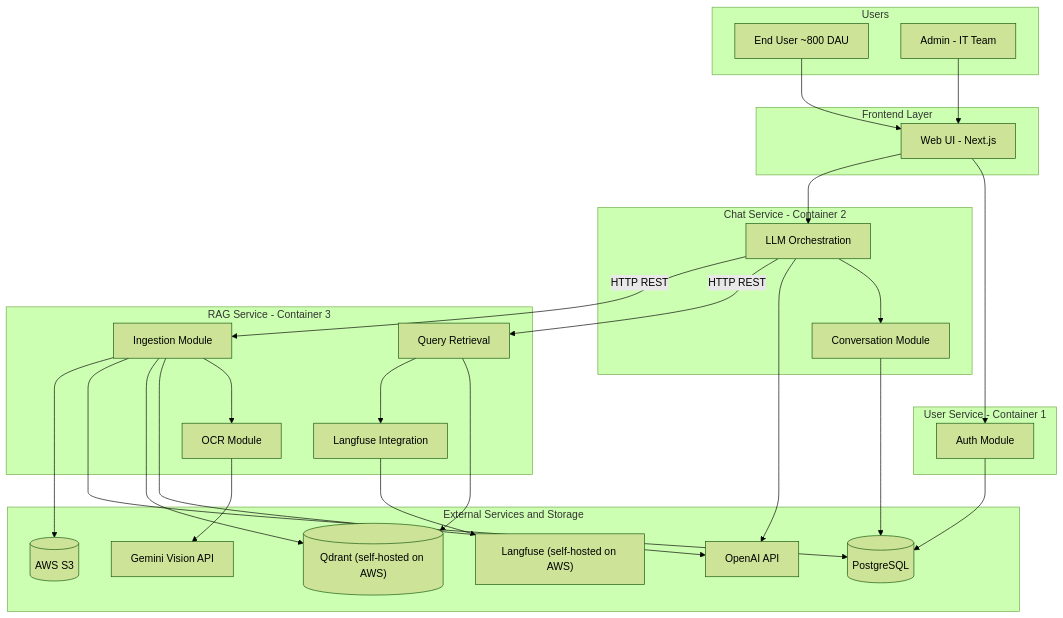
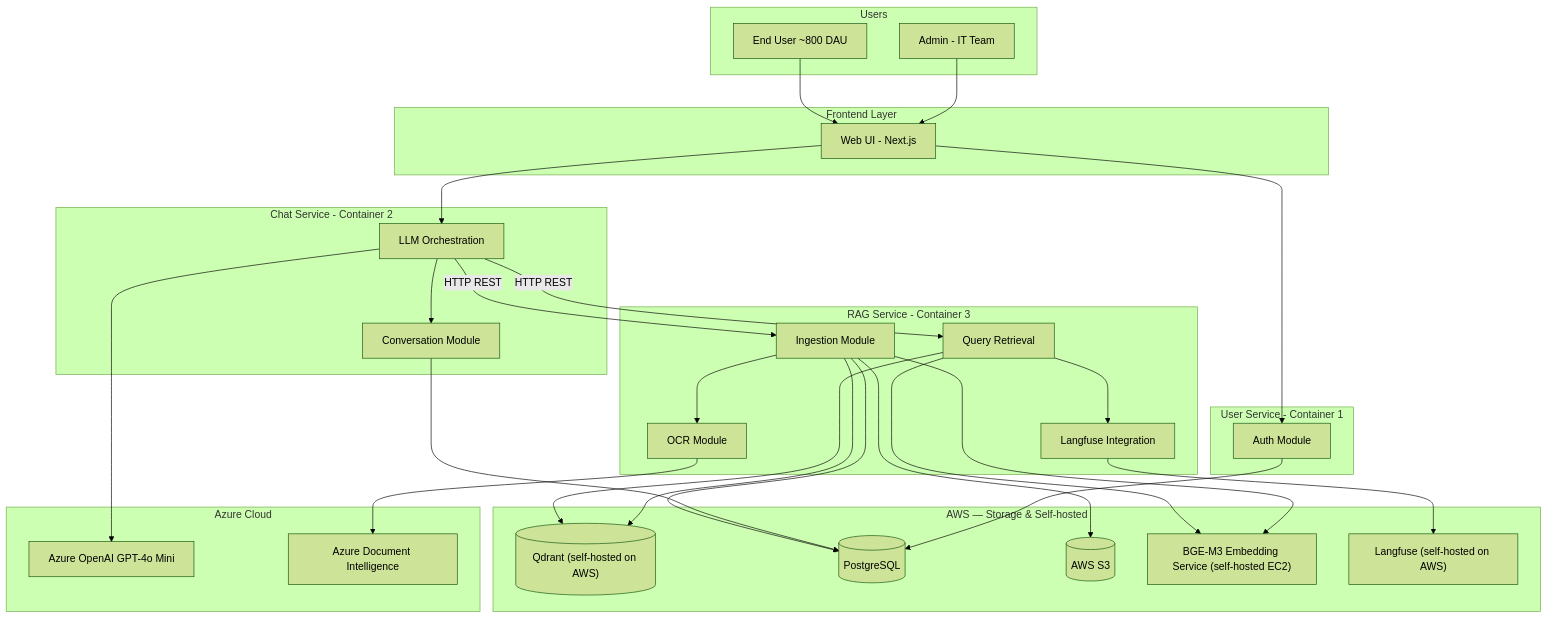
The first of 4 diagrams in docs/SA_RAG_Chatbot_Final.md (cds0987/DA08-VSF-AI), drawn with Mermaid (forest theme) before and after one commit. The commit also changed other lines of this file and 104 other files, not shown here.

````diff
--- a/docs/SA_RAG_Chatbot_Final.md
+++ b/docs/SA_RAG_Chatbot_Final.md
@@ -140,56 +140,61 @@
 ```mermaid
 graph TB
     subgraph USERS["Users"]
         EU["End User ~800 DAU"]
         ADM["Admin - IT Team"]
     end
 
     subgraph FRONTEND["Frontend Layer"]
         UI["Web UI - Next.js"]
     end
 
     subgraph USER_SVC["User Service - Container 1"]
         AUTH["Auth Module"]
     end
 
     subgraph CHAT_SVC["Chat Service - Container 2"]
         CONV["Conversation Module"]
         ORCH["LLM Orchestration"]
     end
 
     subgraph RAG_SVC["RAG Service - Container 3"]
         QUERY["Query Retrieval"]
         INGEST["Ingestion Module"]
         OCR["OCR Module"]
         LFI["Langfuse Integration"]
     end
 
-    subgraph EXTERNAL["External Services and Storage"]
+    subgraph AWS_STORAGE["AWS — Storage & Self-hosted"]
         QDRANT[("Qdrant (self-hosted on AWS)")]
         PG[("PostgreSQL")]
         S3[("AWS S3")]
-        OAI["OpenAI API"]
-        GEM["Gemini Vision API"]
+        BGE["BGE-M3 Embedding Service (self-hosted EC2)"]
         LF["Langfuse (self-hosted on AWS)"]
+    end
+
+    subgraph AZURE["Azure Cloud"]
+        AOAI["Azure OpenAI GPT-4o Mini"]
+        ADI["Azure Document Intelligence"]
     end
 
     EU --> UI
     ADM --> UI
     UI --> AUTH
     UI --> ORCH
     ORCH --> CONV
-    ORCH --> OAI
+    ORCH --> AOAI
     ORCH -- "HTTP REST" --> QUERY
     ORCH -- "HTTP REST" --> INGEST
     QUERY --> QDRANT
+    QUERY --> BGE
     QUERY --> LFI
     INGEST --> OCR
-    INGEST --> OAI
+    INGEST --> BGE
     INGEST --> QDRANT
     INGEST --> PG
     INGEST --> S3
-    OCR --> GEM
+    OCR --> ADI
     CONV --> PG
     AUTH --> PG
     LFI --> LF
 ```
````
